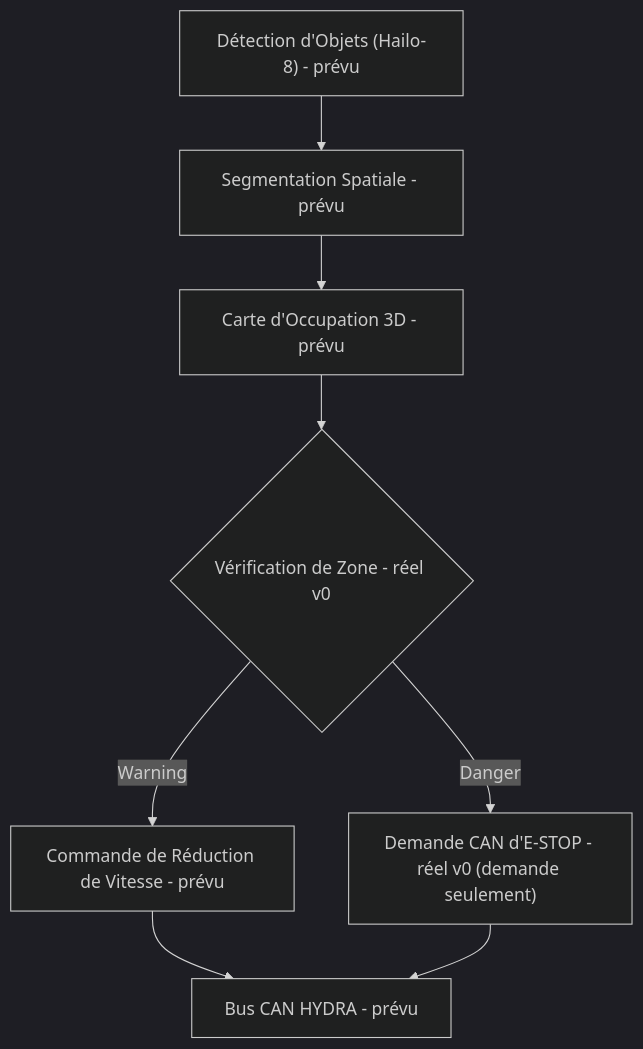
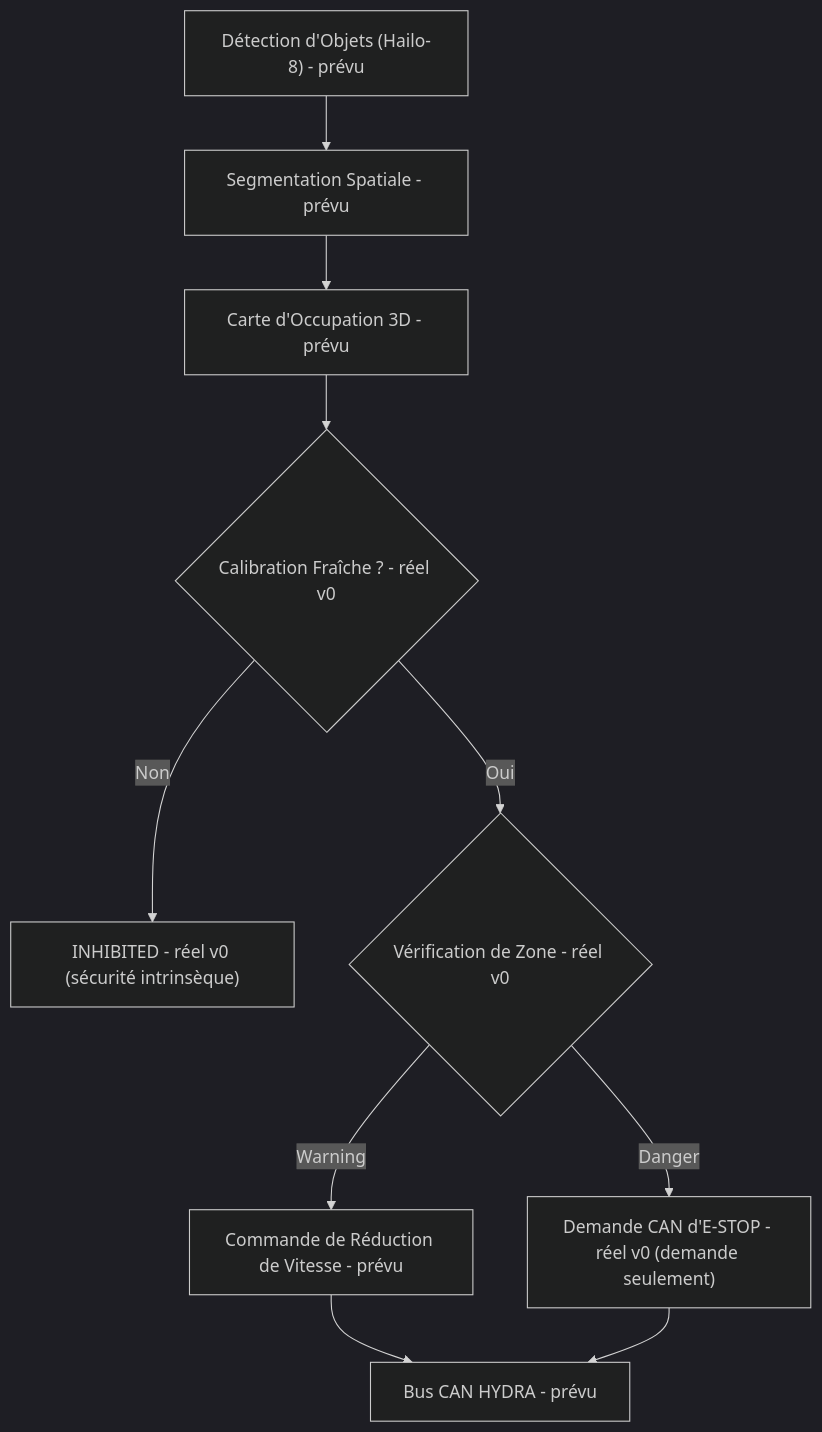
One commit to JuanenRac/HYDRA-UMC-SAFETY-ZONES changed the diagram in README_fra.md. Above: the diagram before and after it, drawn with Mermaid (dark theme). The commit also changed other lines of this file and 19 other files, not shown here.

````diff
--- a/README_fra.md
+++ b/README_fra.md
@@ -45,10 +46,12 @@
 ```mermaid
 flowchart TB
     DET["Détection d'Objets (Hailo-8) - prévu"] --> SEG["Segmentation Spatiale - prévu"]
     SEG --> MAP["Carte d'Occupation 3D - prévu"]
-    MAP --> ZONE{"Vérification de Zone - réel v0"}
+    MAP --> CAL{"Calibration Fraîche ? - réel v0"}
+    CAL -- Non --> INHIBIT["INHIBITED - réel v0 (sécurité intrinsèque)"]
+    CAL -- Oui --> ZONE{"Vérification de Zone - réel v0"}
     ZONE -- Warning --> SLOW["Commande de Réduction de Vitesse - prévu"]
     ZONE -- Danger --> STOP["Demande CAN d'E-STOP - réel v0 (demande seulement)"]
     SLOW --> CAN["Bus CAN HYDRA - prévu"]
     STOP --> CAN
 ```
````
